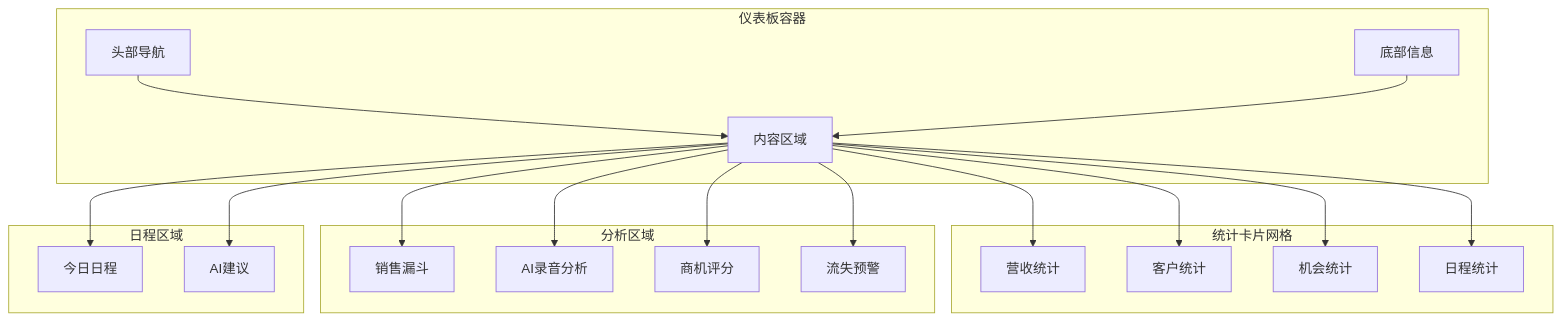
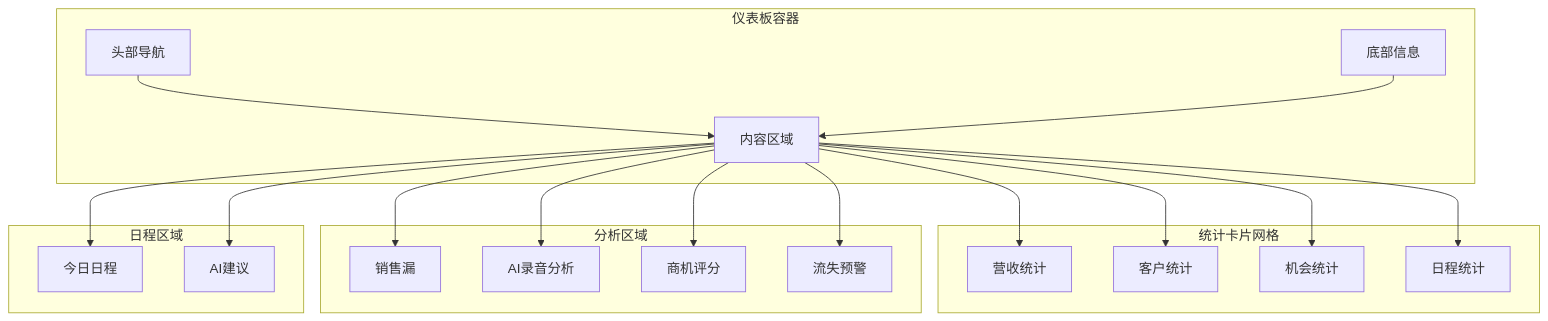
Before and after one commit to xianjianshenqu/SalesFlow-CRM: the ninth of 18 diagrams in .qoder/repowiki/zh/content/Pre Sales Dashboard.md, drawn with Mermaid. The commit also changed other lines of this file and 7 other files, not shown here.

````diff
--- a/.qoder/repowiki/zh/content/Pre Sales Dashboard.md
+++ b/.qoder/repowiki/zh/content/Pre Sales Dashboard.md
@@ -394,36 +406,36 @@
 ```mermaid
 graph TB
 subgraph "仪表板容器"
 Header[头部导航]
 Content[内容区域]
 Footer[底部信息]
 end
 subgraph "统计卡片网格"
 Card1[营收统计]
 Card2[客户统计]
 Card3[机会统计]
 Card4[日程统计]
 end
 subgraph "分析区域"
-Funnel[销售漏斗]
+Funnel[销售漏]
 Recording[AI录音分析]
 Score[商机评分]
 Churn[流失预警]
 end
 subgraph "日程区域"
 Schedule[今日日程]
 Suggestion[AI建议]
 end
 Header --> Content
 Content --> Card1
 Content --> Card2
 Content --> Card3
 Content --> Card4
 Content --> Funnel
 Content --> Recording
 Content --> Score
 Content --> Churn
 Content --> Schedule
 Content --> Suggestion
 Footer --> Content
 ```
````
